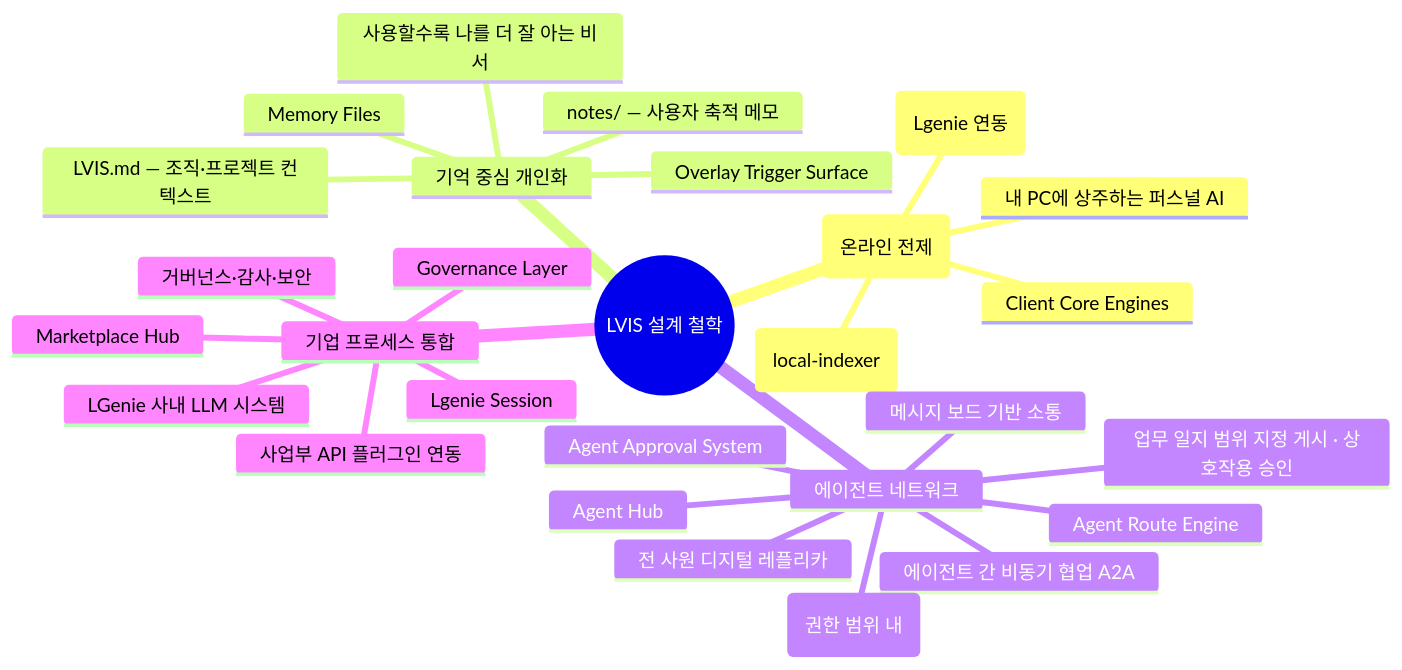
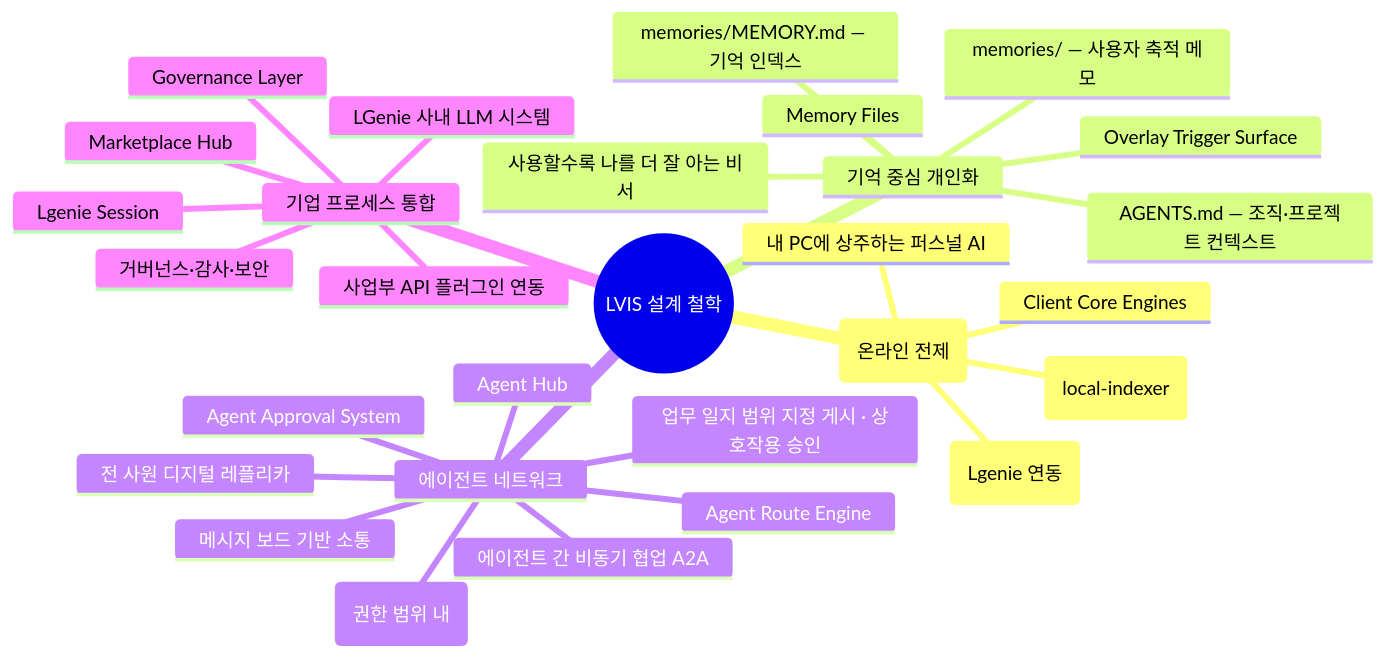
One commit to lvis-project/lvis-app changed the first of 44 diagrams in docs/architecture/architecture.md. Above: the diagram before and after it, drawn with Mermaid. The commit also changed other lines of this file and 26 other files, not shown here.

````diff
--- a/docs/architecture/architecture.md
+++ b/docs/architecture/architecture.md
@@ -45,31 +45,32 @@
 ```mermaid
 mindmap
   root((LVIS 설계 철학))
     설치형·로컬 기반 (온라인 전제)
       내 PC에 상주하는 퍼스널 AI
       로컬 문서·파일 인덱싱 (Lgenie 연동)
       Local Index Engine (local-indexer)
       Client Core Engines
     기억 중심 개인화
-      LVIS.md — 조직·프로젝트 컨텍스트
-      notes/ — 사용자 축적 메모
+      AGENTS.md — 조직·프로젝트 컨텍스트
+      memories/MEMORY.md — 기억 인덱스
+      memories/ — 사용자 축적 메모
       사용할수록 나를 더 잘 아는 비서
       Memory Files
       Overlay Trigger Surface
     에이전트 네트워크
       전 사원 디지털 레플리카
       에이전트 간 비동기 협업 A2A
       메시지 보드 기반 소통
       업무 일지 범위 지정 게시 · 상호작용 승인
       Hub 수시 열람 - 집단 지성 (권한 범위 내)
       Agent Hub
       Agent Route Engine
       Agent Approval System
     기업 프로세스 통합
       LGenie 사내 LLM 시스템
       사업부 API 플러그인 연동
       거버넌스·감사·보안
       Lgenie Session
       Marketplace Hub
       Governance Layer
 ```
````
